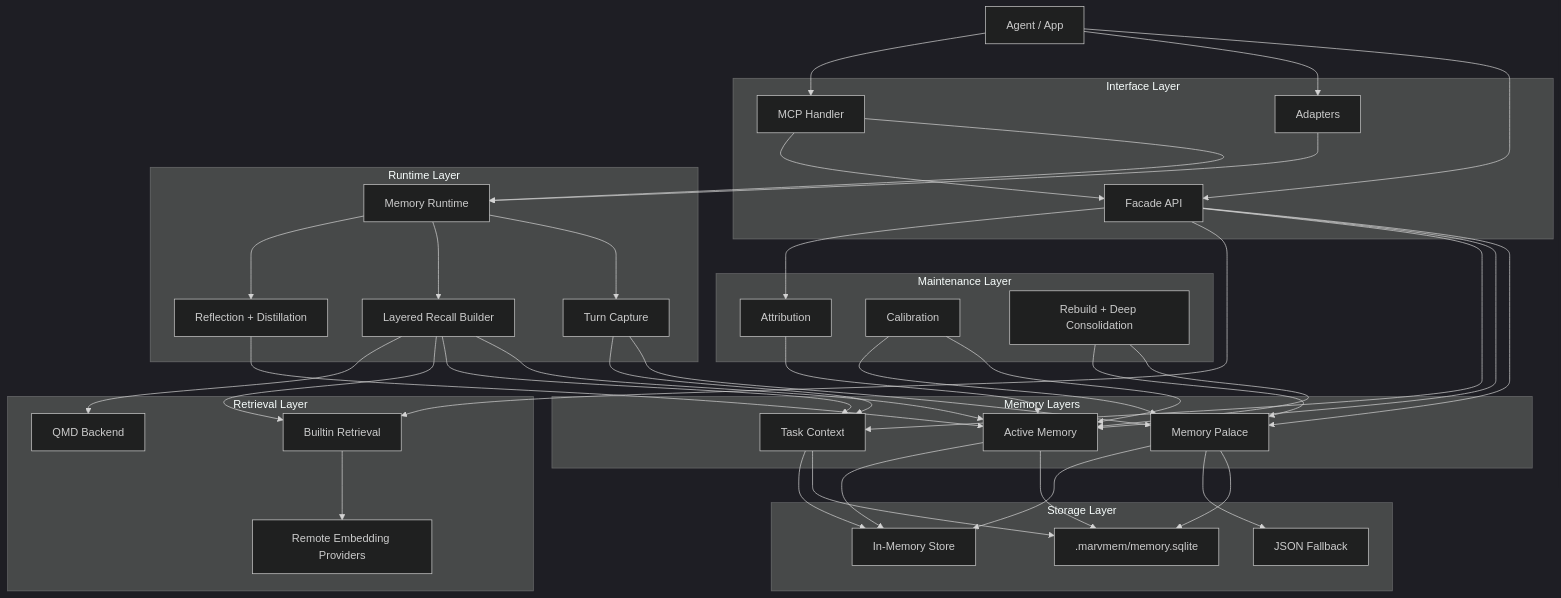
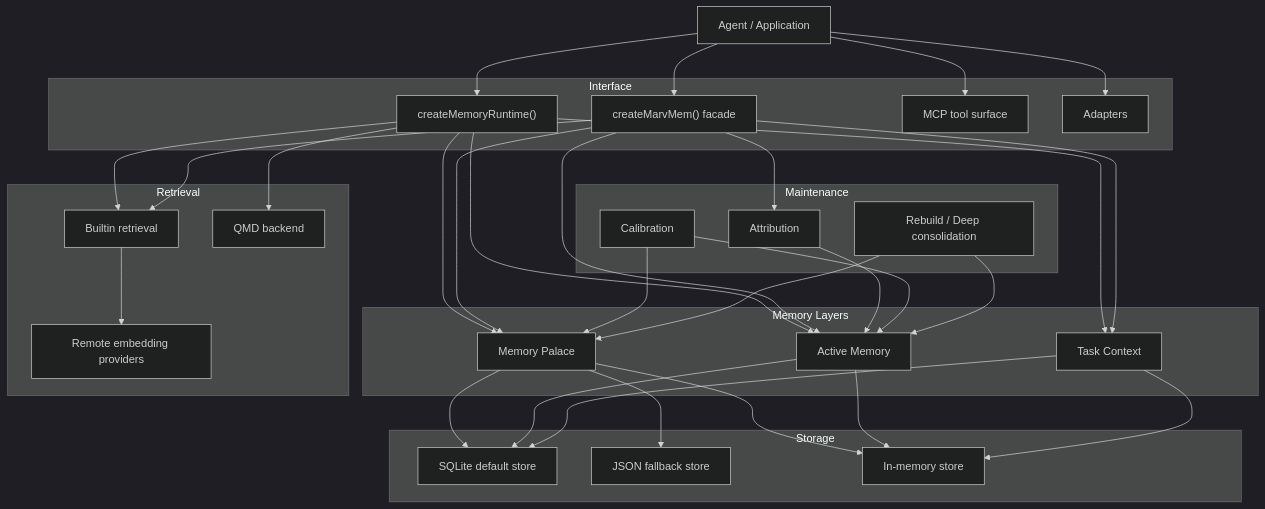
The first of 2 diagrams in README.md (daisyluvr42/marvmem), drawn with Mermaid (dark theme) before and after one commit. The commit also changed other lines of this file and 1 other file, not shown here.

Commit message:
Rewrite documentation and architecture diagrams

````diff
--- a/README.md
+++ b/README.md
@@ -59,82 +77,69 @@
 ```mermaid
 flowchart TB
-  App["Agent / App"]
+  App["Agent / Application"]
 
-  subgraph InterfaceLayer["Interface Layer"]
-    Facade["Facade API"]
-    Adapter["Adapters"]
-    Mcp["MCP Handler"]
+  subgraph Interface["Interface"]
+    Facade["createMarvMem() facade"]
+    Runtime["createMemoryRuntime()"]
+    MCP["MCP tool surface"]
+    Adapters["Adapters"]
   end
 
-  subgraph RuntimeLayer["Runtime Layer"]
-    Runtime["Memory Runtime"]
-    Capture["Turn Capture"]
-    Recall["Layered Recall Builder"]
-    Reflection["Reflection + Distillation"]
-  end
-
-  subgraph MemoryLayer["Memory Layers"]
+  subgraph Memory["Memory Layers"]
     Palace["Memory Palace"]
     Active["Active Memory"]
     Task["Task Context"]
   end
 
-  subgraph RetrievalLayer["Retrieval Layer"]
-    Builtin["Builtin Retrieval"]
-    Embed["Remote Embedding Providers"]
-    Qmd["QMD Backend"]
+  subgraph Retrieval["Retrieval"]
+    Builtin["Builtin retrieval"]
+    Embeddings["Remote embedding providers"]
+    QMD["QMD backend"]
   end
 
-  subgraph MaintenanceLayer["Maintenance Layer"]
+  subgraph Maintenance["Maintenance"]
     Attribution["Attribution"]
     Calibration["Calibration"]
-    Rebuild["Rebuild + Deep Consolidation"]
+    Rebuild["Rebuild / Deep consolidation"]
   end
 
-  subgraph StorageLayer["Storage Layer"]
-    Sqlite[".marvmem/memory.sqlite"]
-    Json["JSON Fallback"]
-    MemoryStore["In-Memory Store"]
+  subgraph Storage["Storage"]
+    Sqlite["SQLite default store"]
+    Json["JSON fallback store"]
+    MemoryStore["In-memory store"]
   end
 
   App --> Facade
-  App --> Adapter
-  App --> Mcp
+  App --> Runtime
+  App --> MCP
+  App --> Adapters
 
-  Adapter --> Runtime
-  Mcp --> Runtime
-  Mcp --> Facade
+  Runtime --> Palace
+  Runtime --> Active
+  Runtime --> Task
+  Runtime --> Builtin
+  Runtime --> QMD
 
   Facade --> Palace
   Facade --> Active
   Facade --> Task
   Facade --> Builtin
   Facade --> Attribution
 
-  Runtime --> Capture
-  Runtime --> Recall
-  Runtime --> Reflection
+  Builtin --> Embeddings
 
-  Capture --> Palace
-  Capture --> Task
-  Reflection --> Active
-  Recall --> Active
-  Recall --> Task
-  Recall --> Builtin
-  Recall --> Qmd
-
-  Builtin --> Embed
   Palace --> Sqlite
   Active --> Sqlite
   Task --> Sqlite
+
   Palace --> Json
   Palace --> MemoryStore
   Active --> MemoryStore
   Task --> MemoryStore
 
   Attribution --> Active
   Calibration --> Active
   Calibration --> Palace
   Rebuild --> Active
   Rebuild --> Palace
 ```
````
